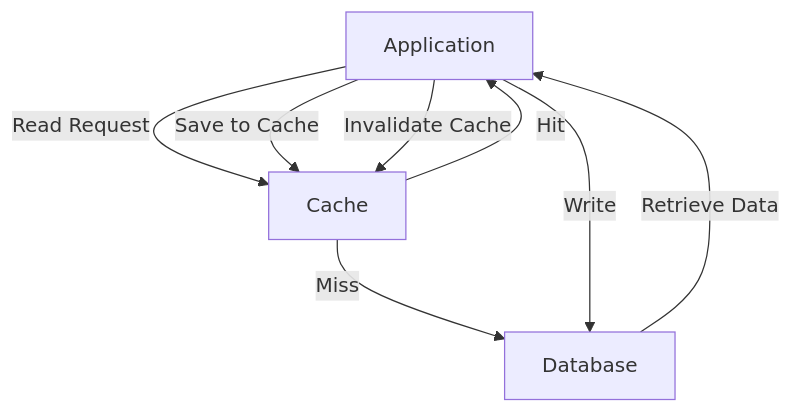
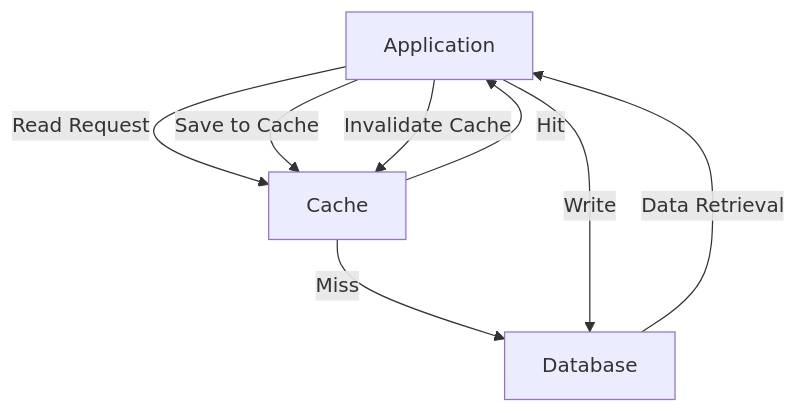
The first of 10 diagrams in content/en/posts/cache-strategy-patterns.md (bmf-san/bmf-tech), drawn with Mermaid before and after one commit. The commit also changed other lines of this file and 989 other files, not shown here.

````diff
--- a/content/en/posts/cache-strategy-patterns.md
+++ b/content/en/posts/cache-strategy-patterns.md
@@ -29,11 +28,11 @@
 ```mermaid
 graph TD
     A[Application] -->|Read Request| B[Cache]
     B -->|Hit| A
     B -->|Miss| C[Database]
-    C -->|Retrieve Data| A
+    C -->|Data Retrieval| A
     A -->|Save to Cache| B
 
     A -->|Write| C
     A -->|Invalidate Cache| B
 ```
````
